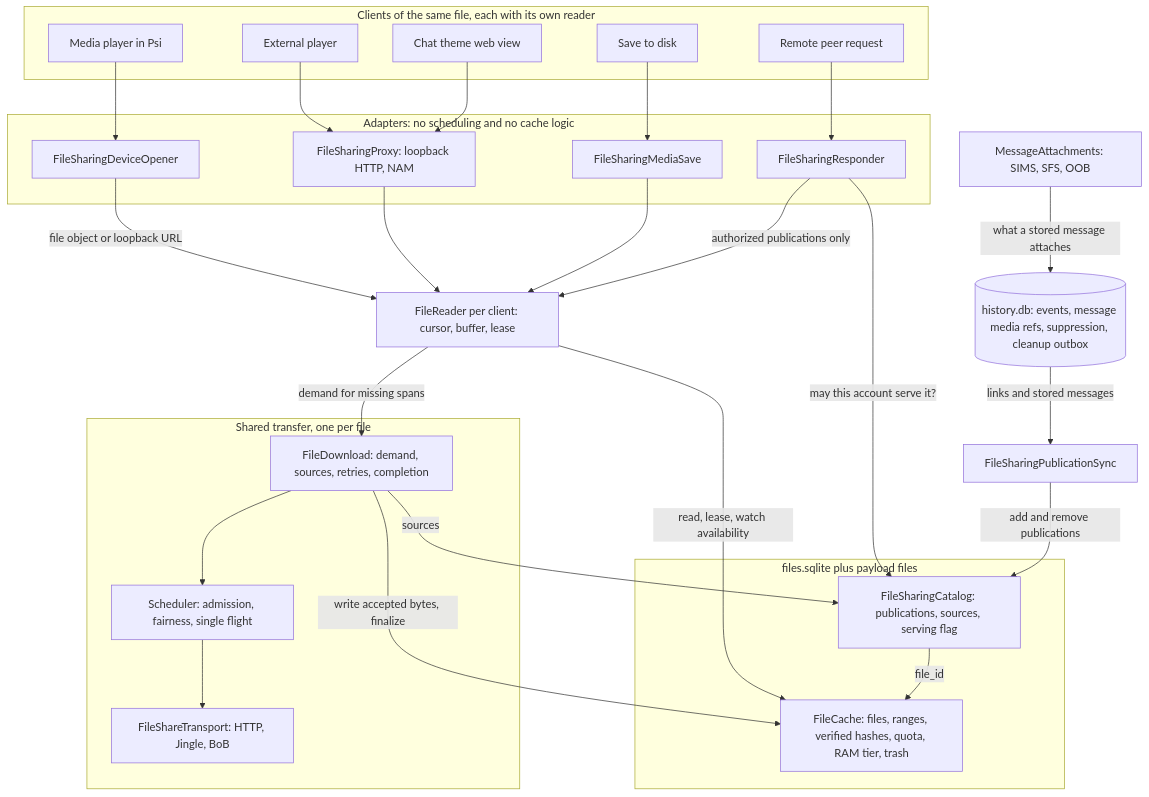
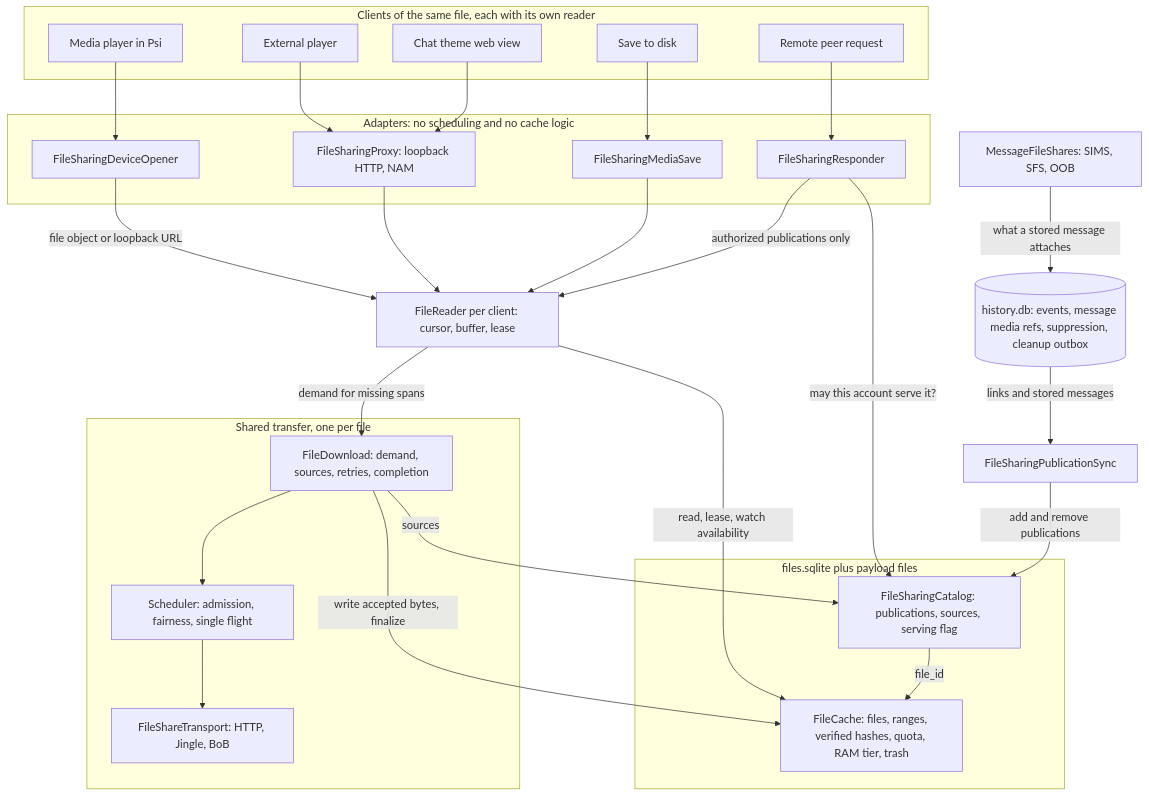
The first of 8 diagrams in docs/local-message-deletion-design.md (psi-im/psi), drawn with Mermaid before and after one commit. The commit also changed other lines of this file and 36 other files, not shown here.

First line of the commit message:
Separate message file shares from presentation and transfer state

````diff
--- a/docs/local-message-deletion-design.md
+++ b/docs/local-message-deletion-design.md
@@ -105,55 +132,55 @@
 ```mermaid
 flowchart TB
     subgraph clients["Clients of the same file, each with its own reader"]
         player["Media player in Psi"]
         external["External player"]
         web["Chat theme web view"]
         save["Save to disk"]
         peer["Remote peer request"]
     end
 
     subgraph adapters["Adapters: no scheduling and no cache logic"]
         opener["FileSharingDeviceOpener"]
         proxy["FileSharingProxy: loopback HTTP, NAM"]
         mediasave["FileSharingMediaSave"]
         responder["FileSharingResponder"]
     end
 
     player --> opener
     external --> proxy
     web --> proxy
     save --> mediasave
     peer --> responder
 
     reader["FileReader per client: cursor, buffer, lease"]
     opener -- "file object or loopback URL" --> reader
     proxy --> reader
     mediasave --> reader
     responder -- "authorized publications only" --> reader
 
     subgraph transfer["Shared transfer, one per file"]
         download["FileDownload: demand, sources, retries, completion"]
         scheduler["Scheduler: admission, fairness, single flight"]
         transport["FileShareTransport: HTTP, Jingle, BoB"]
         download --> scheduler --> transport
     end
 
     subgraph storage["files.sqlite plus payload files"]
         cache["FileCache: files, ranges, verified hashes, quota, RAM tier, trash"]
         catalog["FileSharingCatalog: publications, sources, serving flag"]
     end
 
     reader -- "read, lease, watch availability" --> cache
     reader -- "demand for missing spans" --> download
     download -- "write accepted bytes, finalize" --> cache
     download -- "sources" --> catalog
     responder -- "may this account serve it?" --> catalog
     catalog -- "file_id" --> cache
 
     history[("history.db: events, message media refs, suppression, cleanup outbox")]
-    attachments["MessageAttachments: SIMS, SFS, OOB"]
+    attachments["MessageFileShares: SIMS, SFS, OOB"]
     sync["FileSharingPublicationSync"]
     attachments -- "what a stored message attaches" --> history
     history -- "links and stored messages" --> sync
     sync -- "add and remove publications" --> catalog
 ```
````
